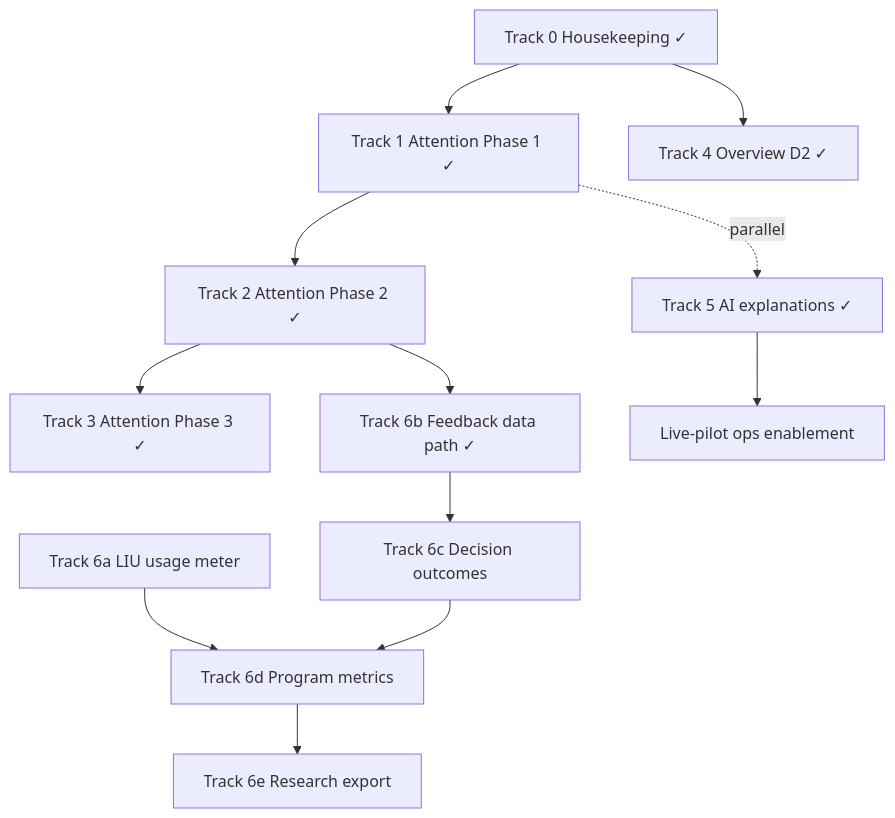
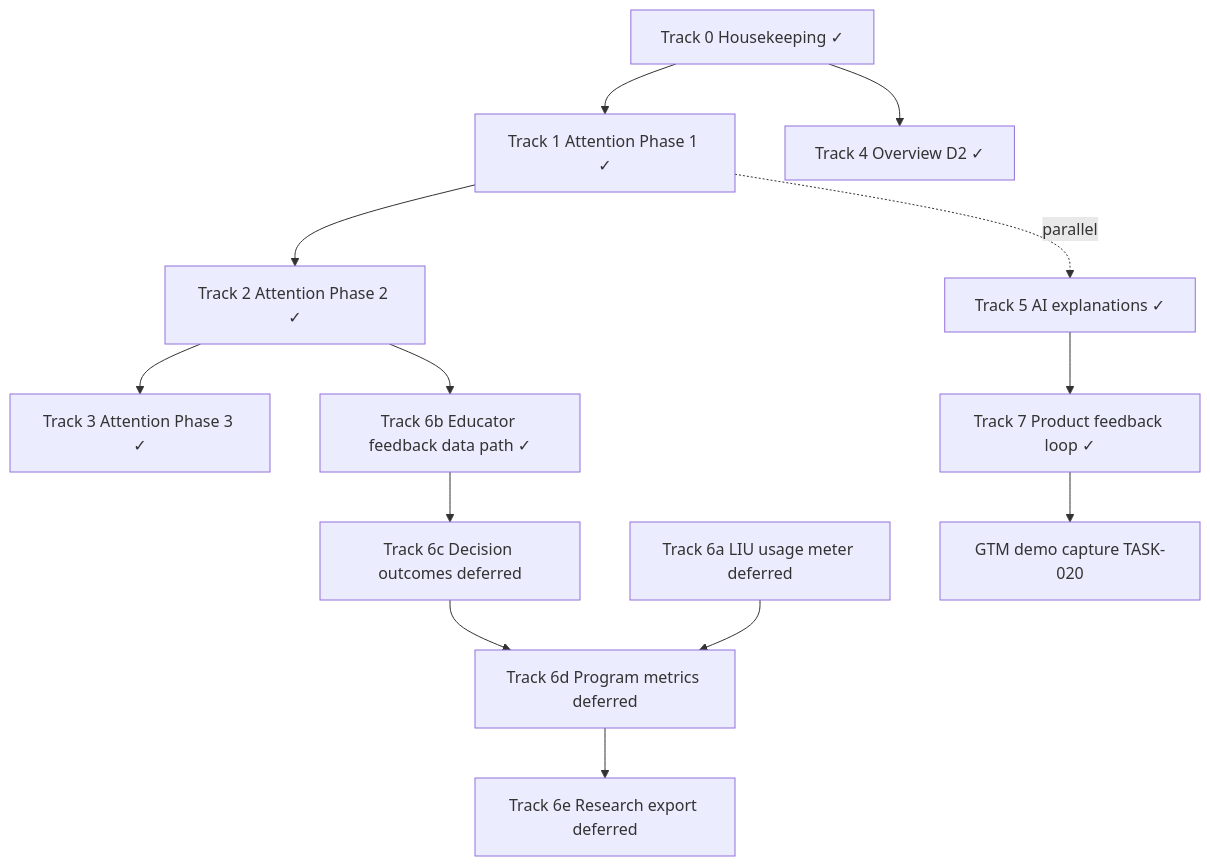
One commit to rhyanvargas/8p3p-control-layer changed the second of 2 diagrams in .cursor/plans/dashboard_pilot_roadmap_0fa0e18a.plan.md. Above: the diagram before and after it, drawn with Mermaid. The commit also changed other lines of this file and 43 other files, not shown here.

First line of the commit message:
feat(feedback): ship customer feedback loop P0 for hosted charter pilot

````diff
--- a/.cursor/plans/dashboard_pilot_roadmap_0fa0e18a.plan.md
+++ b/.cursor/plans/dashboard_pilot_roadmap_0fa0e18a.plan.md
@@ -234,27 +248,29 @@
 ```mermaid
 flowchart TD
   HK[Track 0 Housekeeping ✓]
   P1[Track 1 Attention Phase 1 ✓]
   P2[Track 2 Attention Phase 2 ✓]
   P3[Track 3 Attention Phase 3 ✓]
   D2[Track 4 Overview D2 ✓]
   AI[Track 5 AI explanations ✓]
-  LIVEOPS[Live-pilot ops enablement]
-  LIU[Track 6a LIU usage meter]
-  FB[Track 6b Feedback data path ✓]
-  OUT[Track 6c Decision outcomes]
-  MET[Track 6d Program metrics]
-  EXP[Track 6e Research export]
+  DEMO[GTM demo capture TASK-020]
+  LIU[Track 6a LIU usage meter deferred]
+  FB[Track 6b Educator feedback data path ✓]
+  PF[Track 7 Product feedback loop ✓]
+  OUT[Track 6c Decision outcomes deferred]
+  MET[Track 6d Program metrics deferred]
+  EXP[Track 6e Research export deferred]
 
   HK --> P1
   P1 --> P2
   P2 --> P3
   P2 --> FB
   LIU --> MET
   FB --> OUT
   OUT --> MET
   MET --> EXP
   HK --> D2
   P1 -. parallel .-> AI
-  AI --> LIVEOPS
+  AI --> PF
+  PF --> DEMO
 ```
````
